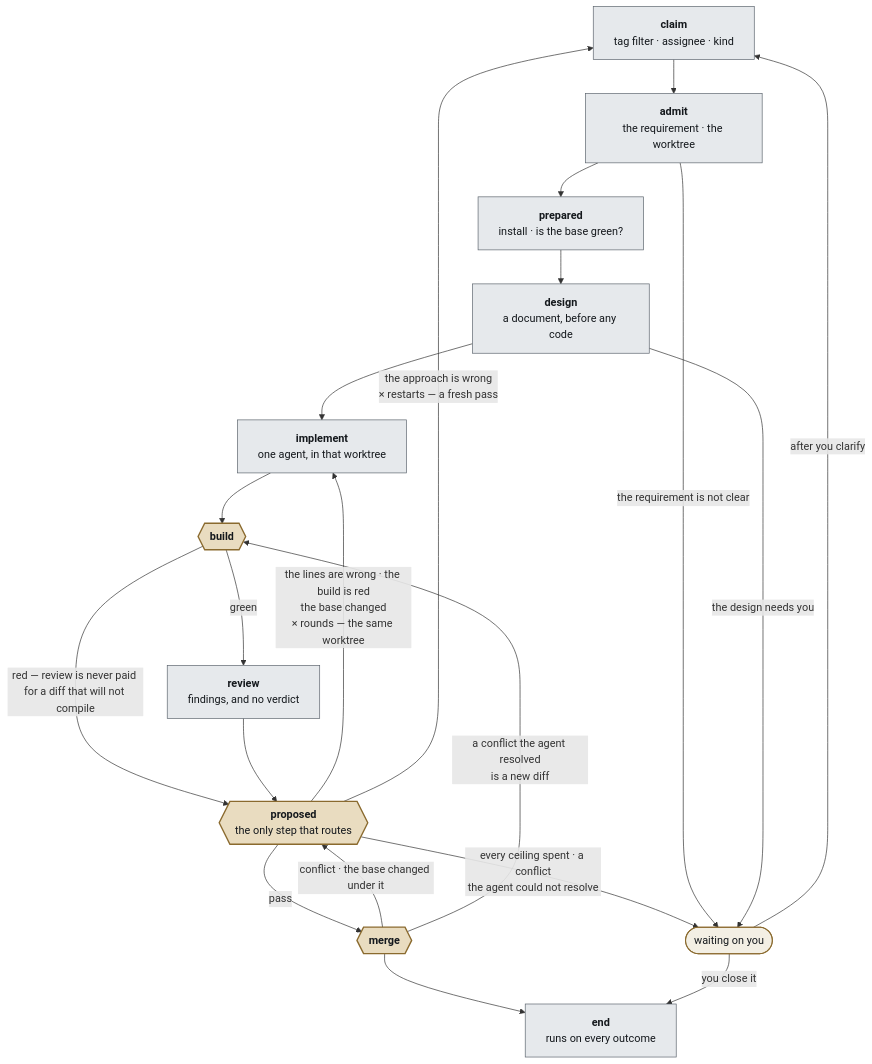
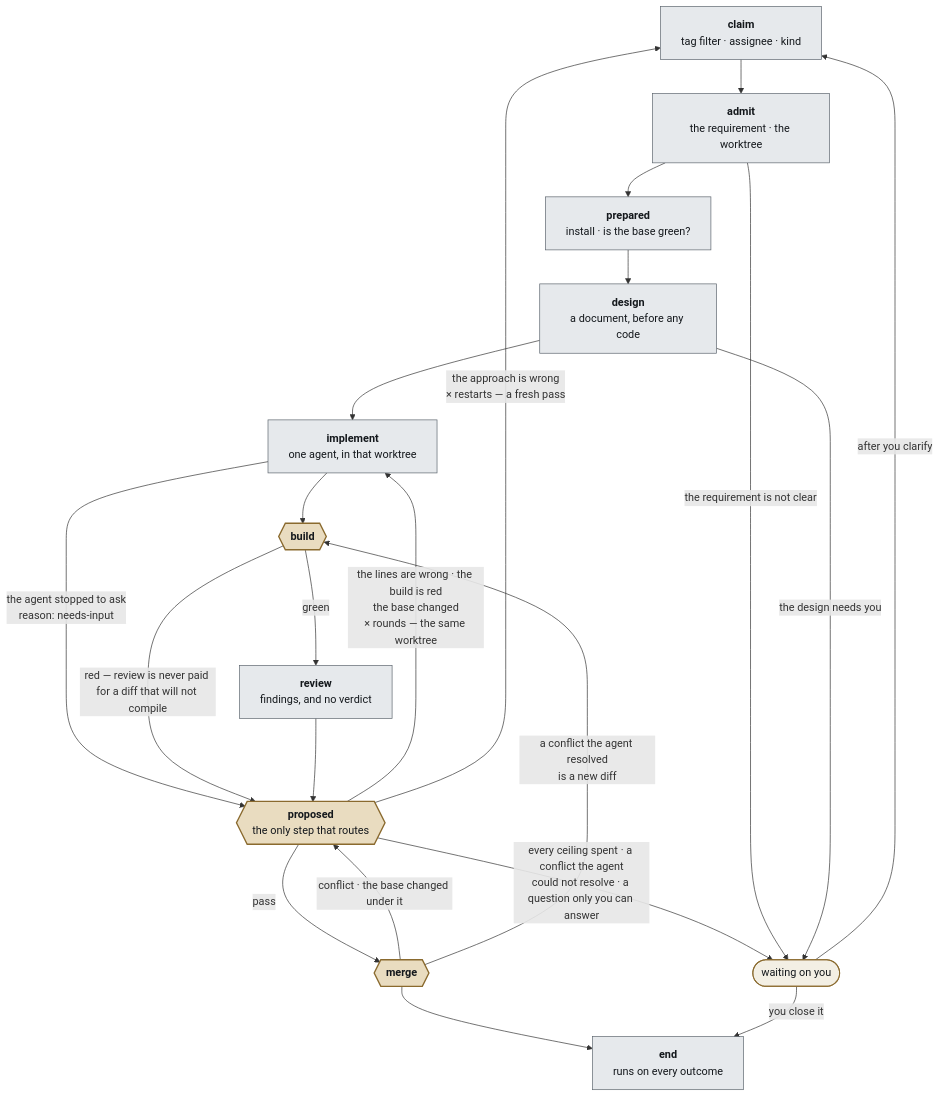
The diagram in doc/decisions/0058-lingtai-is-a-development-pipeline.md (steven-zhc/lingtai), drawn with Mermaid before and after one commit. The commit also changed other lines of this file and 1 other file, not shown here.

````diff
--- a/doc/decisions/0058-lingtai-is-a-development-pipeline.md
+++ b/doc/decisions/0058-lingtai-is-a-development-pipeline.md
@@ -194,38 +204,39 @@
 ```mermaid
 flowchart TB
   CL["<b>claim</b><br/>tag filter · assignee · kind"]
   AD["<b>admit</b><br/>the requirement · the worktree"]
   PR["<b>prepared</b><br/>install · is the base green?"]
   DS["<b>design</b><br/>a document, before any code"]
   IM["<b>implement</b><br/>one agent, in that worktree"]
   BU{{"<b>build</b>"}}
   RV["<b>review</b><br/>findings, and no verdict"]
   PO{{"<b>proposed</b><br/>the only step that routes"}}
   MG{{"<b>merge</b>"}}
   EN["<b>end</b><br/>runs on every outcome"]
   WA(["waiting on you"])
 
   CL --> AD --> PR --> DS --> IM --> BU
+  IM -->|"the agent stopped to ask<br/>reason: needs-input"| PO
   BU -->|"green"| RV
   BU -->|"red — review is never paid for a diff that will not compile"| PO
   RV --> PO
   PO -->|"pass"| MG
   MG --> EN
   MG -->|"conflict · the base changed under it"| PO
   MG -->|"a conflict the agent resolved<br/>is a new diff"| BU
 
   PO -->|"the lines are wrong · the build is red<br/>the base changed<br/>× rounds — the same worktree"| IM
   PO -->|"the approach is wrong<br/>× restarts — a fresh pass"| CL
-  PO -->|"every ceiling spent · a conflict<br/>the agent could not resolve"| WA
+  PO -->|"every ceiling spent · a conflict the agent<br/>could not resolve · a question only you can answer"| WA
   AD -->|"the requirement is not clear"| WA
   DS -->|"the design needs you"| WA
   WA -->|"after you clarify"| CL
   WA -->|"you close it"| EN
 
   classDef gate fill:#e9dcc0,stroke:#8a6a2e,stroke-width:2px,color:#14181c;
   classDef core fill:#e6e9ec,stroke:#5c646d,color:#14181c;
   classDef back fill:#f3efe4,stroke:#8a6a2e,stroke-width:1.5px,color:#14181c;
   class BU,PO,MG gate;
   class CL,AD,PR,DS,IM,RV,EN core;
   class WA back;
 ```
````
